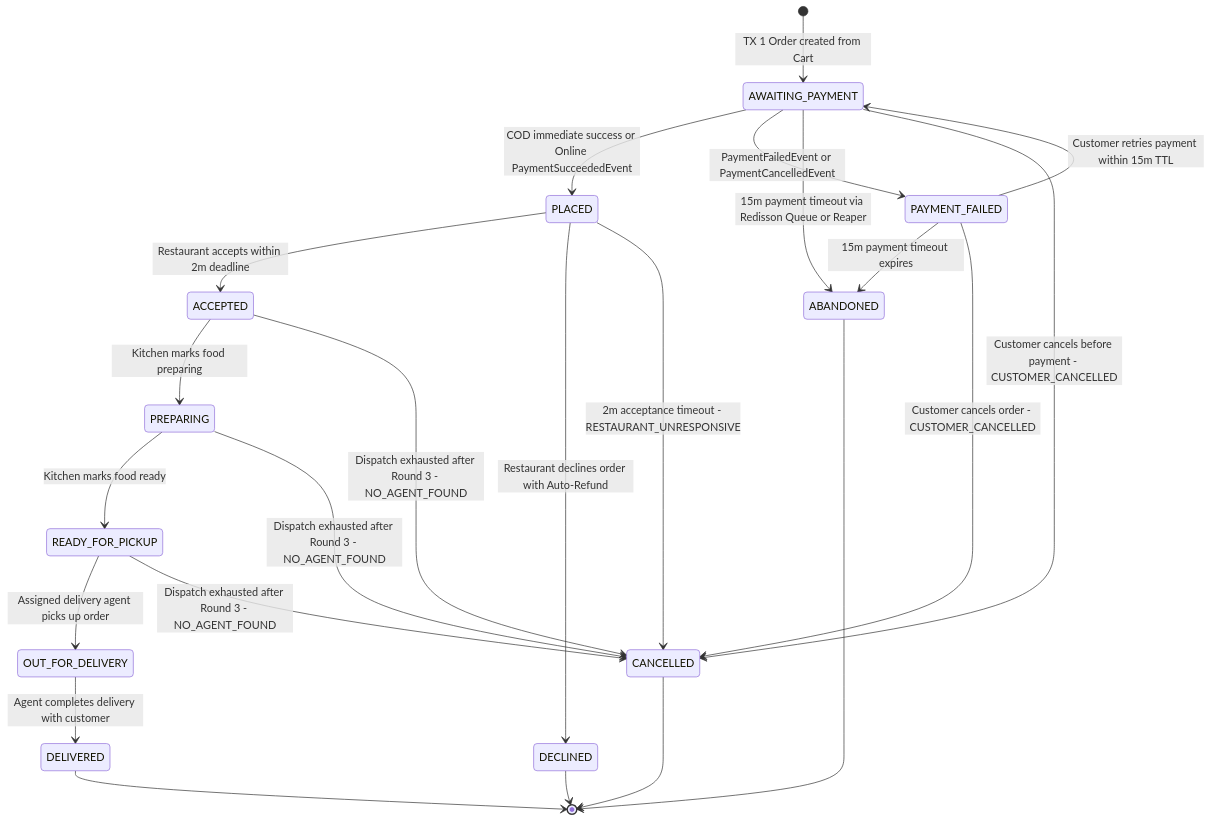
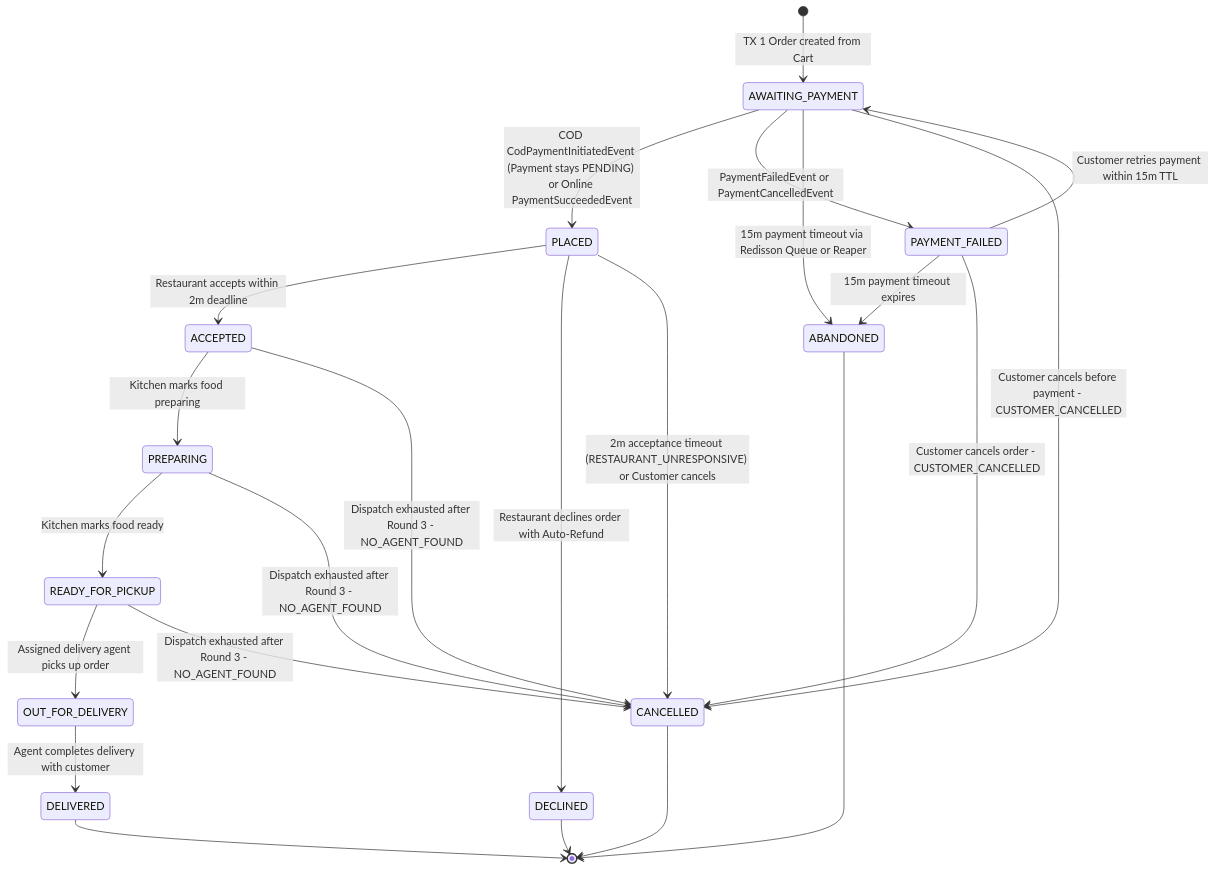
One commit to eshant52/quickbite-backend changed the third of 6 diagrams in docs/architecture.md. Above: the diagram before and after it, drawn with Mermaid. The commit also changed other lines of this file and 36 other files, not shown here.

First line of the commit message:
docs: update architecture guides, benchmark tooling, and Postman collections

````diff
--- a/docs/architecture.md
+++ b/docs/architecture.md
@@ -187,32 +187,32 @@
 ```mermaid
 stateDiagram-v2
     [*] --> AWAITING_PAYMENT: TX 1 Order created from Cart
-    AWAITING_PAYMENT --> PLACED: COD immediate success or Online PaymentSucceededEvent
+    AWAITING_PAYMENT --> PLACED: COD CodPaymentInitiatedEvent (Payment stays PENDING) or Online PaymentSucceededEvent
     AWAITING_PAYMENT --> PAYMENT_FAILED: PaymentFailedEvent or PaymentCancelledEvent
     AWAITING_PAYMENT --> ABANDONED: 15m payment timeout via Redisson Queue or Reaper
     AWAITING_PAYMENT --> CANCELLED: Customer cancels before payment - CUSTOMER_CANCELLED
     
     PAYMENT_FAILED --> AWAITING_PAYMENT: Customer retries payment within 15m TTL
     PAYMENT_FAILED --> ABANDONED: 15m payment timeout expires
     PAYMENT_FAILED --> CANCELLED: Customer cancels order - CUSTOMER_CANCELLED
     
     PLACED --> ACCEPTED: Restaurant accepts within 2m deadline
     PLACED --> DECLINED: Restaurant declines order with Auto-Refund
-    PLACED --> CANCELLED: 2m acceptance timeout - RESTAURANT_UNRESPONSIVE
+    PLACED --> CANCELLED: 2m acceptance timeout (RESTAURANT_UNRESPONSIVE) or Customer cancels
     
     ACCEPTED --> PREPARING: Kitchen marks food preparing
     ACCEPTED --> CANCELLED: Dispatch exhausted after Round 3 - NO_AGENT_FOUND
     
     PREPARING --> READY_FOR_PICKUP: Kitchen marks food ready
     PREPARING --> CANCELLED: Dispatch exhausted after Round 3 - NO_AGENT_FOUND
     
     READY_FOR_PICKUP --> OUT_FOR_DELIVERY: Assigned delivery agent picks up order
     READY_FOR_PICKUP --> CANCELLED: Dispatch exhausted after Round 3 - NO_AGENT_FOUND
     
     OUT_FOR_DELIVERY --> DELIVERED: Agent completes delivery with customer
     
     DELIVERED --> [*]
     CANCELLED --> [*]
     DECLINED --> [*]
     ABANDONED --> [*]
 ```
````
